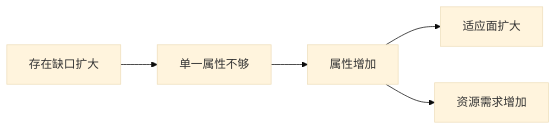
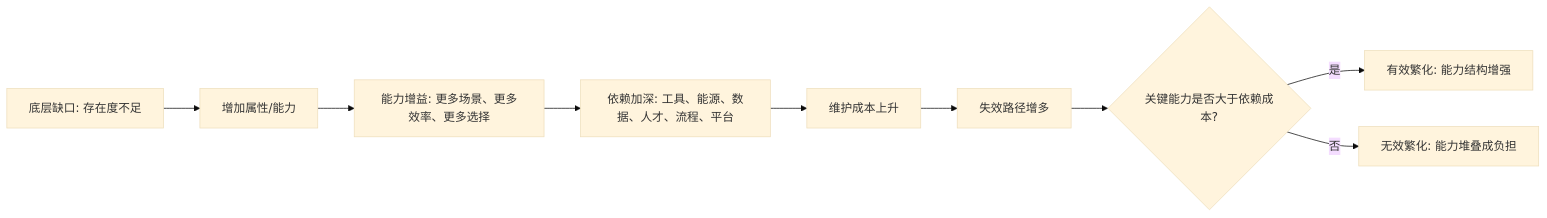
One commit to digoal/blog changed the diagram in 202605/20260518_51.md. Above: the diagram before and after it, drawn with Mermaid (base theme). The commit also changed other lines of this file and 16 other files, not shown here.

````diff
--- a/202605/20260518_51.md
+++ b/202605/20260518_51.md
@@ -22,7 +22,11 @@
 ```mermaid
 flowchart LR
-  A["存在缺口扩大"] --> B["单一属性不够"]
-  B --> C["属性增加"]
-  C --> D["适应面扩大"]
-  C --> E["资源需求增加"]
+  A["底层缺口: 存在度不足"] --> B["增加属性/能力"]
+  B --> C["能力增益: 更多场景、更多效率、更多选择"]
+  C --> D["依赖加深: 工具、能源、数据、人才、流程、平台"]
+  D --> E["维护成本上升"]
+  E --> F["失效路径增多"]
+  F --> G{"关键能力是否大于依赖成本?"}
+  G -- "是" --> H["有效繁化: 能力结构增强"]
+  G -- "否" --> I["无效繁化: 能力堆叠成负担"]
 ```
````
